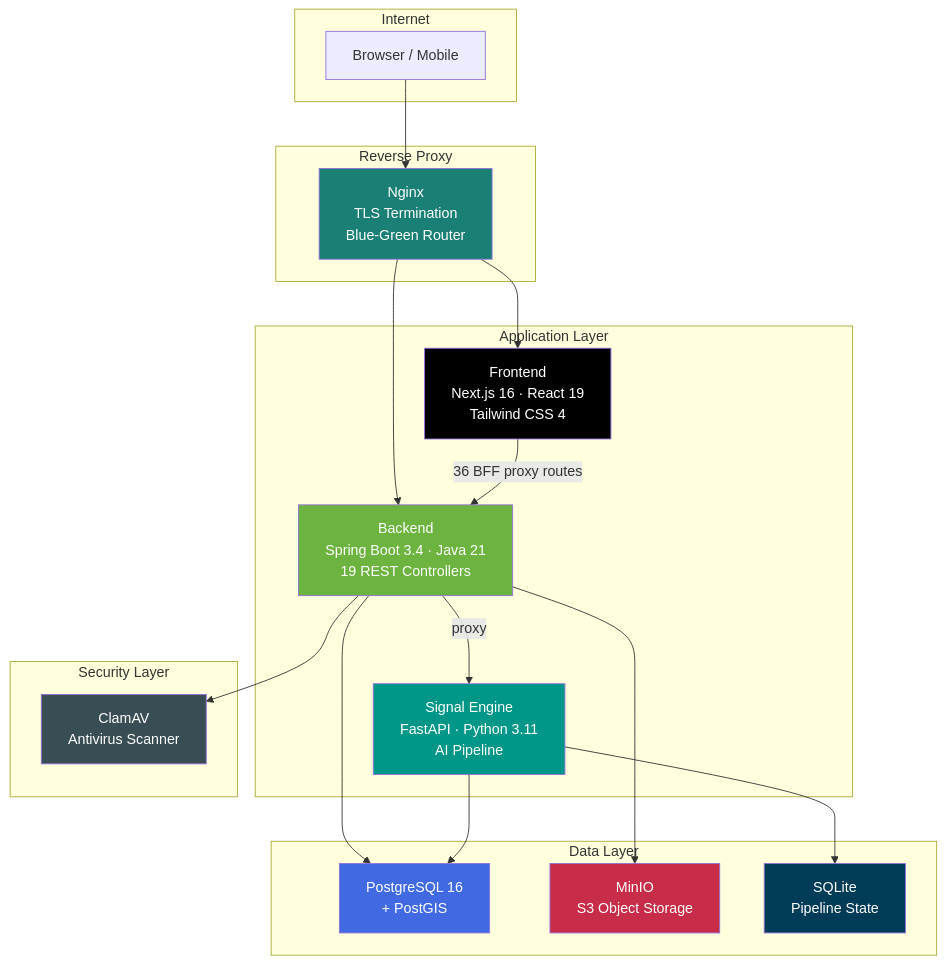
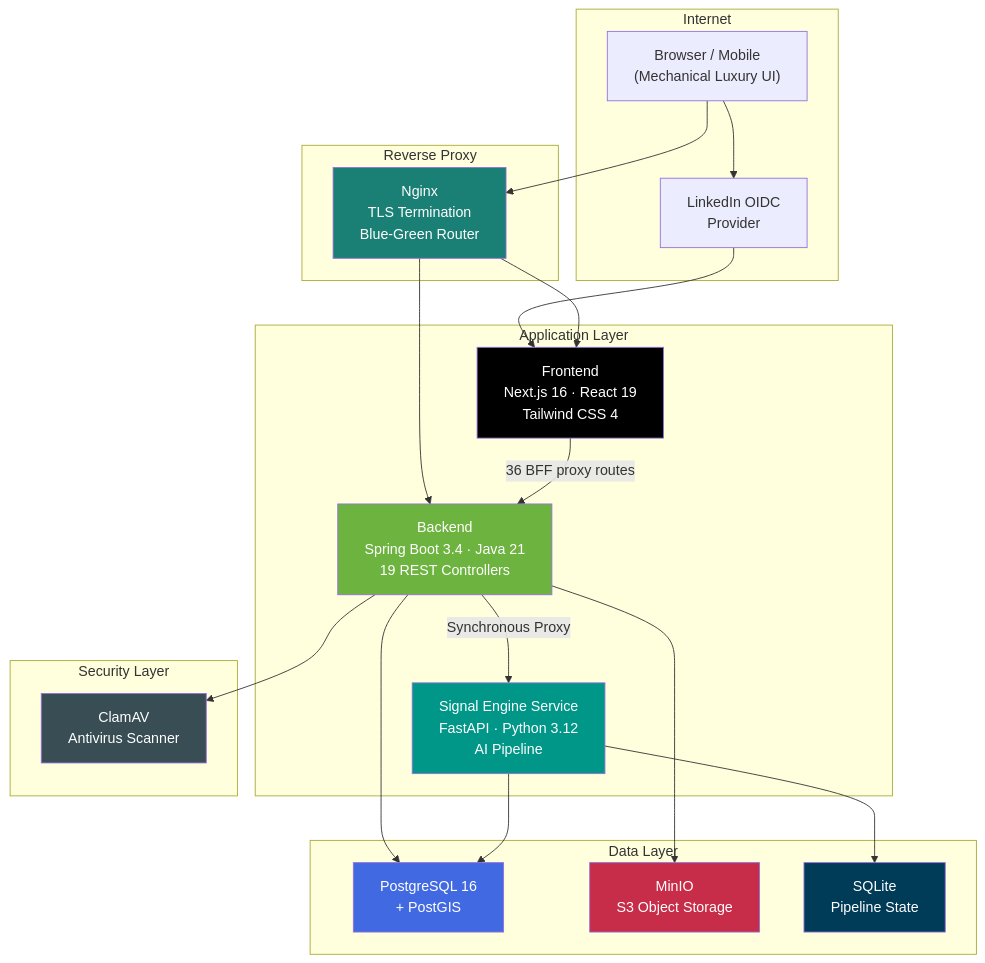
The diagram in README.md (WhitehatD/leyoda-platform), drawn with Mermaid before and after one commit. The commit also changed other lines of this file, not shown here.

Commit message:
docs: adapt README to showcase true depth of Leyoda and Signal Engine

````diff
--- a/README.md
+++ b/README.md
@@ -61,46 +62,49 @@
 ```mermaid
 graph TB
     subgraph Internet
-        Client["Browser / Mobile"]
+        Client["Browser / Mobile<br/>(Mechanical Luxury UI)"]
+        LinkedIn["LinkedIn OIDC<br/>Provider"]
     end
 
     subgraph Reverse Proxy
         Nginx["Nginx<br/>TLS Termination<br/>Blue-Green Router"]
     end
 
     subgraph Application Layer
         FE["Frontend<br/>Next.js 16 · React 19<br/>Tailwind CSS 4"]
         BE["Backend<br/>Spring Boot 3.4 · Java 21<br/>19 REST Controllers"]
-        SE["Signal Engine<br/>FastAPI · Python 3.11<br/>AI Pipeline"]
+        SE["Signal Engine Service<br/>FastAPI · Python 3.12<br/>AI Pipeline"]
     end
 
     subgraph Data Layer
         PG["PostgreSQL 16<br/>+ PostGIS"]
         MIO["MinIO<br/>S3 Object Storage"]
         SQ["SQLite<br/>Pipeline State"]
     end
 
     subgraph Security Layer
         AV["ClamAV<br/>Antivirus Scanner"]
     end
 
     Client --> Nginx
+    Client --> LinkedIn
+    LinkedIn --> FE
     Nginx --> FE
     Nginx --> BE
     FE -- "36 BFF proxy routes" --> BE
     BE --> PG
     BE --> MIO
     BE --> AV
-    BE -- "proxy" --> SE
+    BE -- "Synchronous Proxy" --> SE
     SE --> PG
     SE --> SQ
 
     style Nginx fill:#1A7F74,color:#fff
     style FE fill:#000000,color:#fff
     style BE fill:#6DB33F,color:#fff
     style SE fill:#009688,color:#fff
     style PG fill:#4169E1,color:#fff
     style MIO fill:#C72C48,color:#fff
     style AV fill:#394D54,color:#fff
     style SQ fill:#003B57,color:#fff
 ```
````
